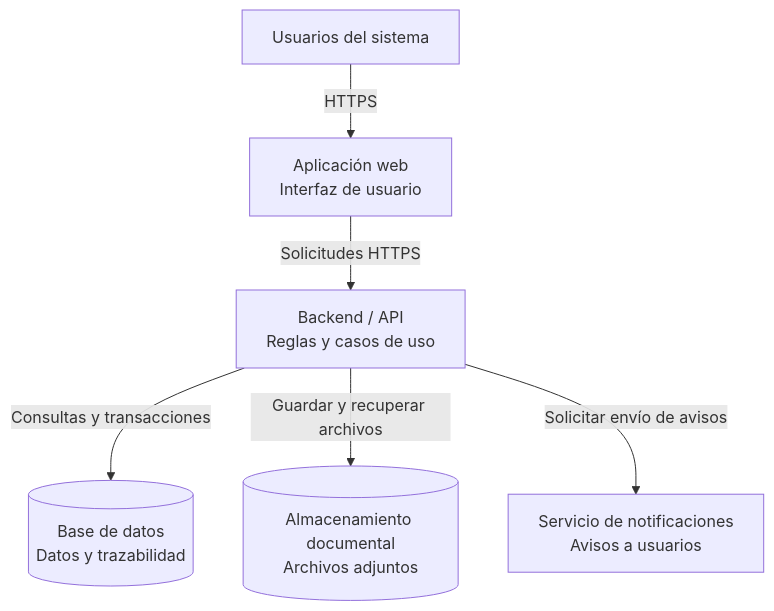
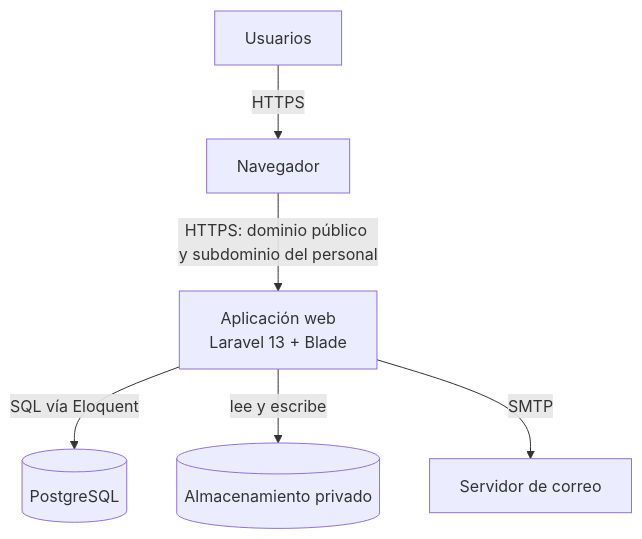
One commit to Yunfer2000/MesaPartes-arquitSoft changed the diagram in docs/04-modelo-c4/Nivel2-Diagrama-de-Contenedores.md. Above: the diagram before and after it, drawn with Mermaid. The commit also changed other lines of this file and 6 other files, not shown here.

````diff
--- a/docs/04-modelo-c4/Nivel2-Diagrama-de-Contenedores.md
+++ b/docs/04-modelo-c4/Nivel2-Diagrama-de-Contenedores.md
@@ -21,16 +19,8 @@
 ```mermaid
 flowchart TB
-    U[Usuarios del sistema]
-
-    WEB[Aplicación web<br/>Interfaz de usuario]
-    API[Backend / API<br/>Reglas y casos de uso]
-    DB[(Base de datos<br/>Datos y trazabilidad)]
-    DOC[(Almacenamiento documental<br/>Archivos adjuntos)]
-    NOT[Servicio de notificaciones<br/>Avisos a usuarios]
-
-    U -->|HTTPS| WEB
-    WEB -->|Solicitudes HTTPS| API
-    API -->|Consultas y transacciones| DB
-    API -->|Guardar y recuperar archivos| DOC
-    API -->|Solicitar envío de avisos| NOT
+    U[Usuarios] -->|HTTPS| NAV[Navegador]
+    NAV -->|HTTPS: dominio público y subdominio del personal| APP[Aplicación web<br/>Laravel 13 + Blade]
+    APP -->|SQL vía Eloquent| DB[(PostgreSQL)]
+    APP -->|lee y escribe| FS[(Almacenamiento privado)]
+    APP -->|SMTP| MAIL[Servidor de correo]
 ```
````
